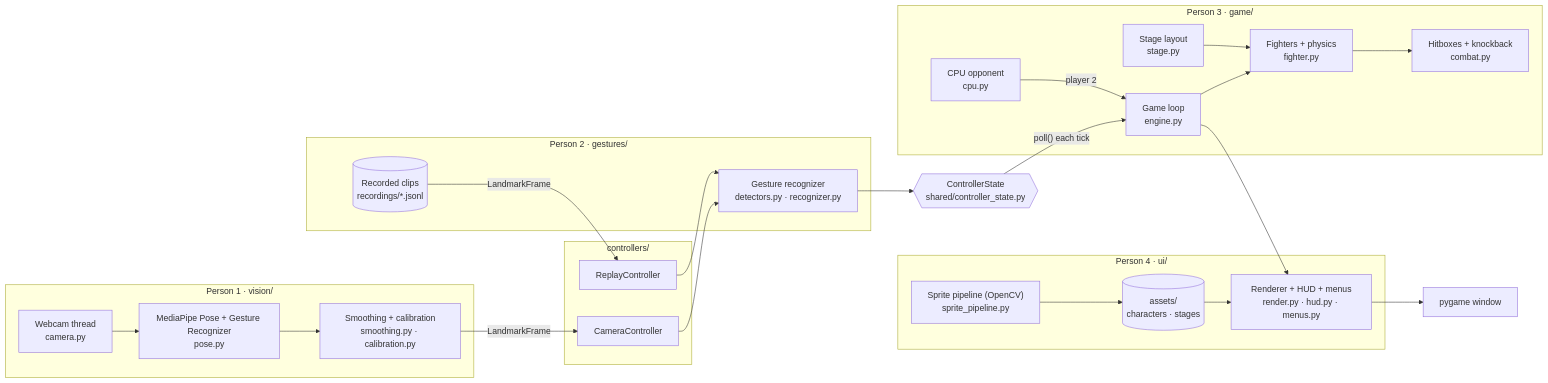
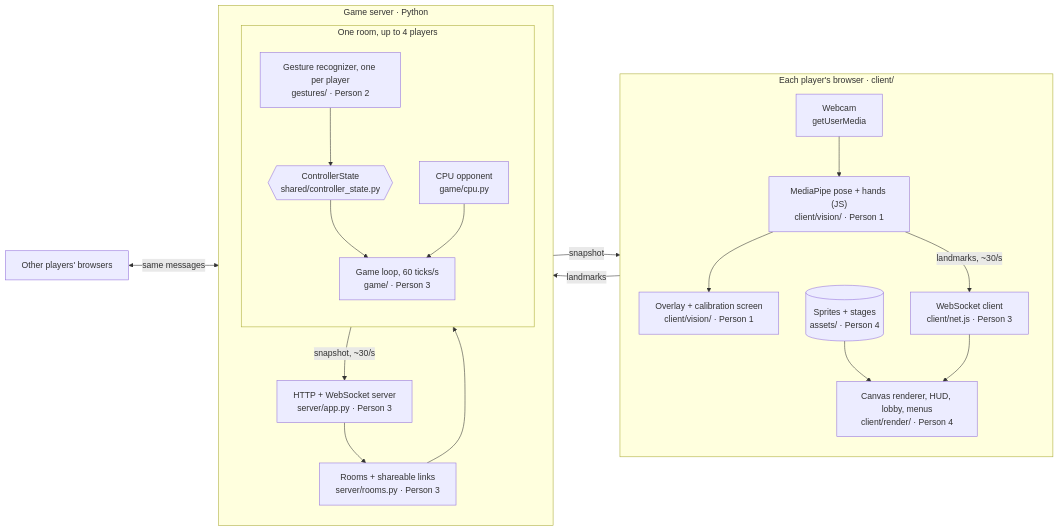
The diagram in README.md (arissazheng/smash-cv), drawn with Mermaid before and after one commit. The commit also changed other lines of this file, not shown here.

First line of the commit message:
Update architecture for online multiplayer

````diff
--- a/README.md
+++ b/README.md
@@ -35,43 +43,34 @@
 ```mermaid
 flowchart LR
-    subgraph P1["Person 1 · vision/"]
-        CAM["Webcam thread<br/>camera.py"] --> MP["MediaPipe Pose + Gesture Recognizer<br/>pose.py"]
-        MP --> SM["Smoothing + calibration<br/>smoothing.py · calibration.py"]
+    subgraph BROWSER["Each player's browser · client/"]
+        direction TB
+        CAM["Webcam<br/>getUserMedia"] --> MPJS["MediaPipe pose + hands (JS)<br/>client/vision/ · Person 1"]
+        MPJS --> OVL["Overlay + calibration screen<br/>client/vision/ · Person 1"]
+        NETC["WebSocket client<br/>client/net.js · Person 3"]
+        RND["Canvas renderer, HUD, lobby, menus<br/>client/render/ · Person 4"]
+        ART[("Sprites + stages<br/>assets/ · Person 4")] --> RND
     end
 
-    subgraph P2["Person 2 · gestures/"]
-        REC["Gesture recognizer<br/>detectors.py · recognizer.py"]
-        CLIPS[("Recorded clips<br/>recordings/*.jsonl")]
+    subgraph SERVER["Game server · Python"]
+        direction TB
+        WS["HTTP + WebSocket server<br/>server/app.py · Person 3"]
+        ROOMS["Rooms + shareable links<br/>server/rooms.py · Person 3"]
+        subgraph ROOM["One room, up to 4 players"]
+            direction TB
+            REC["Gesture recognizer, one per player<br/>gestures/ · Person 2"]
+            CS{{"ControllerState<br/>shared/controller_state.py"}}
+            LOOP["Game loop, 60 ticks/s<br/>game/ · Person 3"]
+            CPU["CPU opponent<br/>game/cpu.py"]
+            REC --> CS --> LOOP
+            CPU --> LOOP
+        end
+        WS --> ROOMS --> ROOM
     end
 
-    subgraph CTRL["controllers/"]
-        CC["CameraController"]
-        RC["ReplayController"]
-    end
-
-    CS{{"ControllerState<br/>shared/controller_state.py"}}
-
-    subgraph P3["Person 3 · game/"]
-        ENG["Game loop<br/>engine.py"] --> FIG["Fighters + physics<br/>fighter.py"]
-        FIG --> COM["Hitboxes + knockback<br/>combat.py"]
-        STG["Stage layout<br/>stage.py"] --> FIG
-        CPU["CPU opponent<br/>cpu.py"]
-    end
-
-    subgraph P4["Person 4 · ui/"]
-        RND["Renderer + HUD + menus<br/>render.py · hud.py · menus.py"]
-        SP["Sprite pipeline (OpenCV)<br/>sprite_pipeline.py"]
-        ART[("assets/<br/>characters · stages")]
-    end
-
-    SM -- LandmarkFrame --> CC
-    CLIPS -- LandmarkFrame --> RC
-    CC --> REC
-    RC --> REC
-    REC --> CS
-    CS -- "poll() each tick" --> ENG
-    CPU -- player 2 --> ENG
-    ENG --> RND
-    SP --> ART --> RND
-    RND --> SCREEN["pygame window"]
+    MPJS -- "landmarks, ~30/s" --> NETC
+    NETC -- "landmarks" --> WS
+    LOOP -- "snapshot, ~30/s" --> WS
+    WS -- "snapshot" --> NETC
+    NETC --> RND
+    OTHERS["Other players' browsers"] <-->|"same messages"| WS
 ```
````
